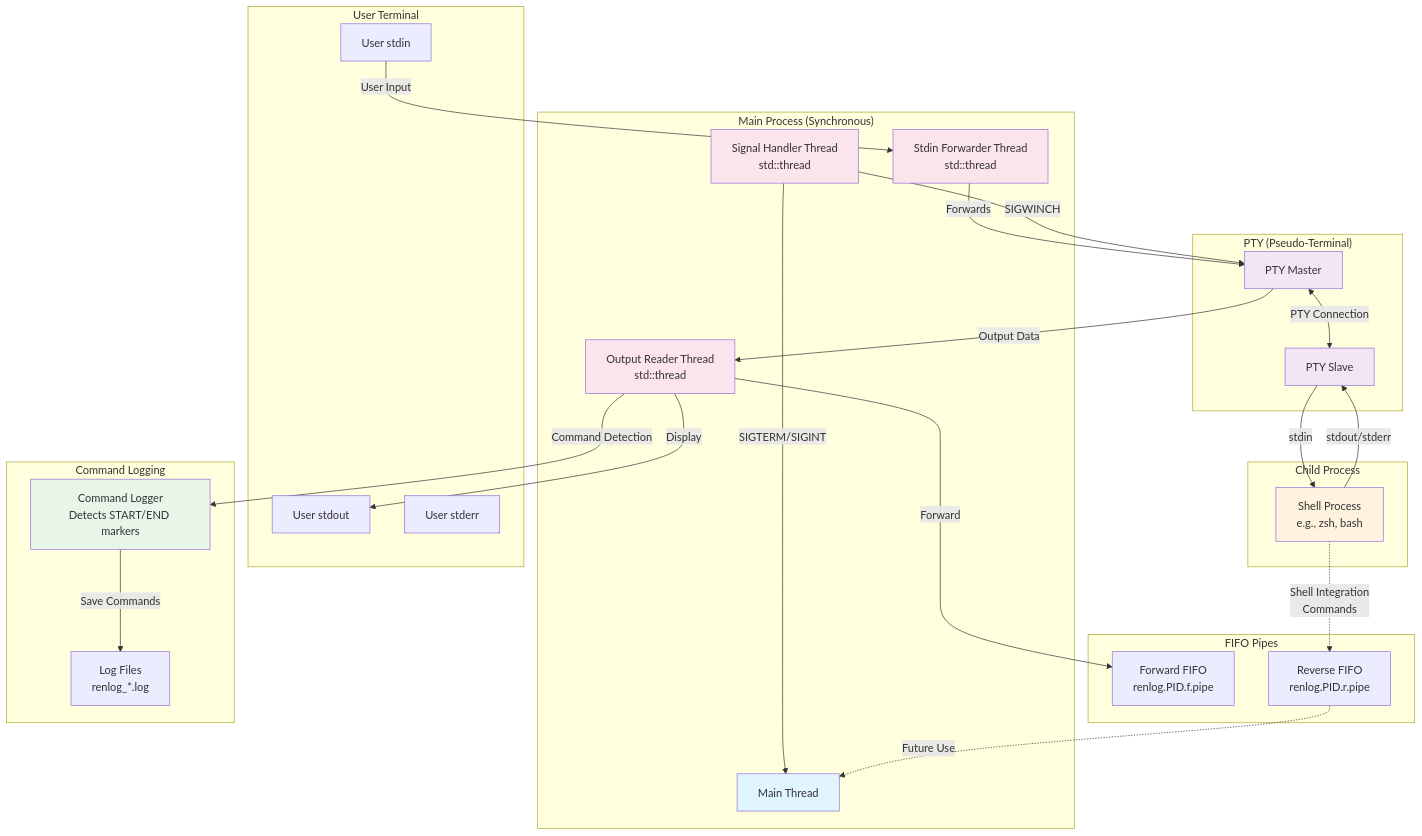
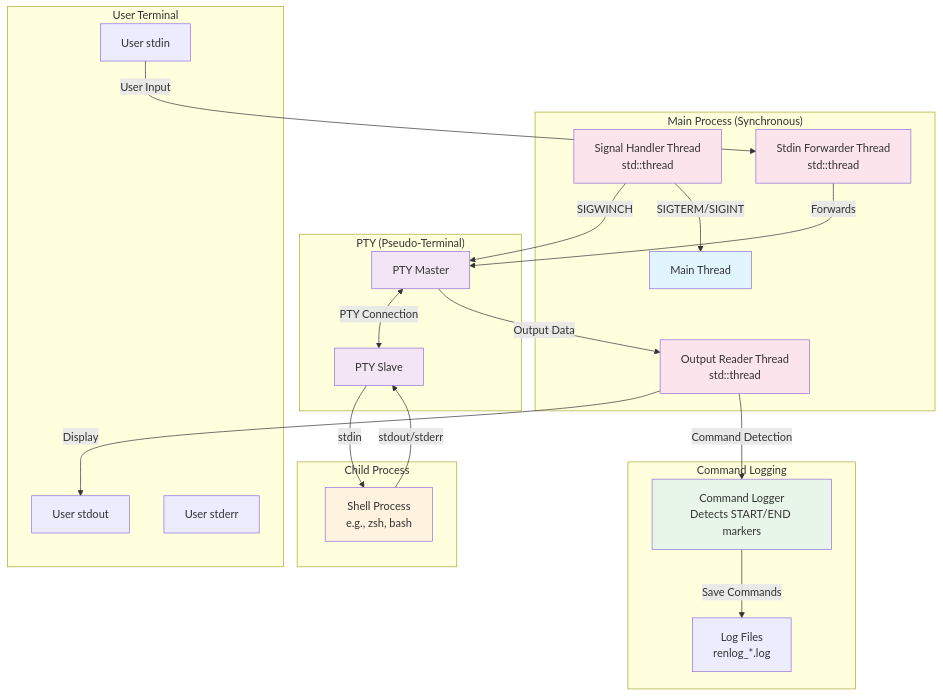
One commit to akawashiro/renlog changed the diagram in README.md. Above: the diagram before and after it, drawn with Mermaid. The commit also changed other lines of this file and 4 other files, not shown here.

First line of the commit message:
Remove unused FIFO pipe functionality to simplify codebase

````diff
--- a/README.md
+++ b/README.md
@@ -7,67 +7,57 @@
 ```mermaid
 graph TB
     subgraph "Main Process (Synchronous)"
         MP[Main Thread]
         SH[Signal Handler Thread<br/>std::thread]
         ST[Stdin Forwarder Thread<br/>std::thread]
         OT[Output Reader Thread<br/>std::thread]
     end
     
     subgraph "PTY (Pseudo-Terminal)"
         PM[PTY Master]
         PS[PTY Slave]
     end
     
     subgraph "Child Process"
         SHELL[Shell Process<br/>e.g., zsh, bash]
     end
     
     subgraph "User Terminal"
         STDIN[User stdin]
         STDOUT[User stdout]
         STDERR[User stderr]
     end
     
-    subgraph "FIFO Pipes"
-        FF[Forward FIFO<br/>renlog.PID.f.pipe]
-        RF[Reverse FIFO<br/>renlog.PID.r.pipe]
-    end
-    
     subgraph "Command Logging"
         CL[Command Logger<br/>Detects START/END markers]
         LF[Log Files<br/>renlog_*.log]
     end
     
     %% User input flow
     STDIN -->|User Input| ST
     ST -->|Forwards| PM
     PM <-->|PTY Connection| PS
     
     %% Shell I/O
     PS -->|stdin| SHELL
     SHELL -->|stdout/stderr| PS
     
     %% Output flow
     PM -->|Output Data| OT
     OT -->|Display| STDOUT
-    OT -->|Forward| FF
     OT -->|Command Detection| CL
     CL -->|Save Commands| LF
     
     %% Signal handling
     SH -->|SIGWINCH| PM
     SH -->|SIGTERM/SIGINT| MP
-    
-    %% Shell integration
-    SHELL -.->|Shell Integration<br/>Commands| RF
-    RF -.->|Future Use| MP
     
     style MP fill:#e1f5fe
     style SHELL fill:#fff3e0
     style PM fill:#f3e5f5
     style PS fill:#f3e5f5
     style CL fill:#e8f5e9
     style SH fill:#fce4ec
     style ST fill:#fce4ec
     style OT fill:#fce4ec
 ```
````
